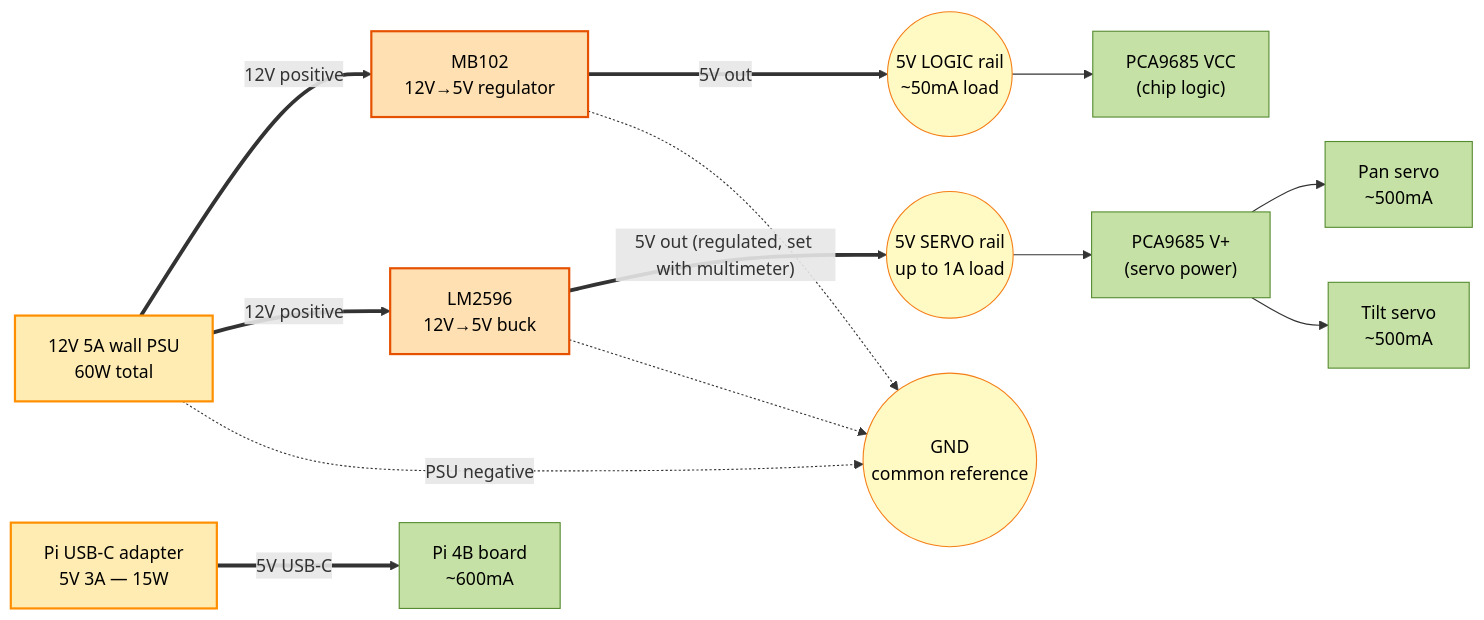
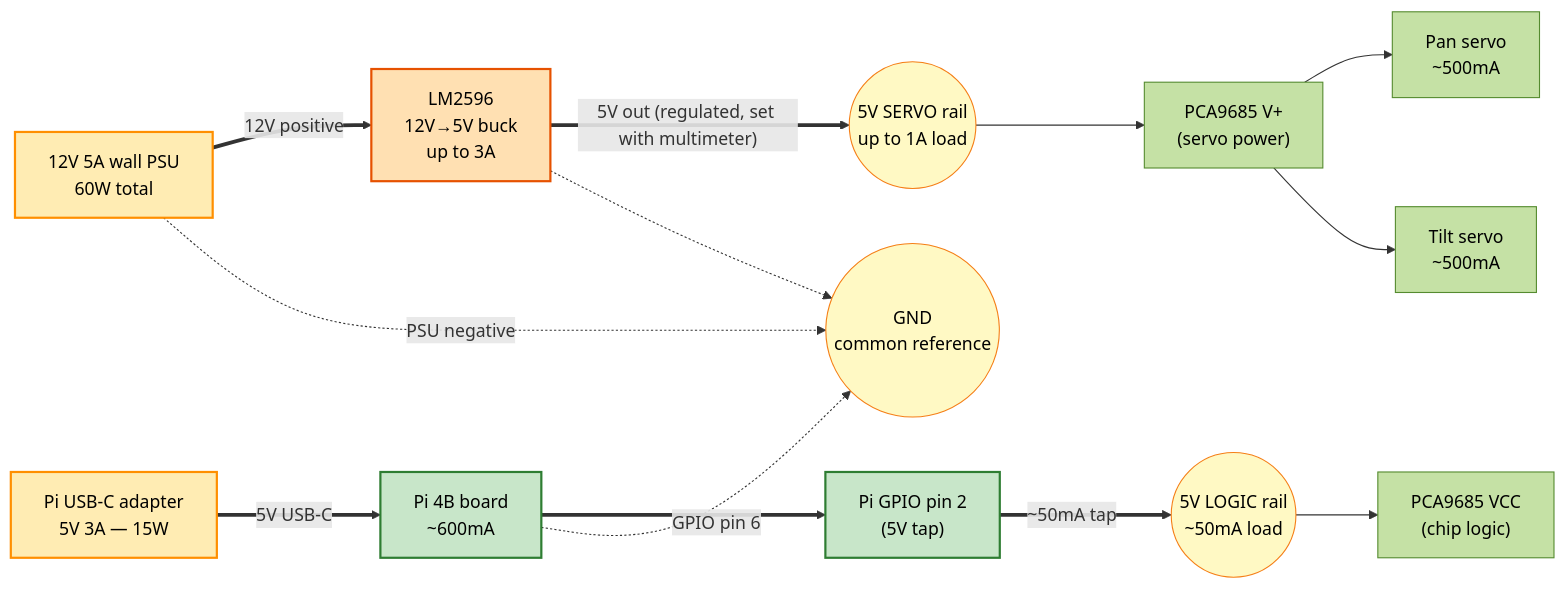
The second of 7 diagrams in docs/circuit-diagram.md (Adamzvulun/pi), drawn with Mermaid before and after one commit. The commit also changed other lines of this file and 10 other files, not shown here.

````diff
--- a/docs/circuit-diagram.md
+++ b/docs/circuit-diagram.md
@@ -79,40 +79,40 @@
 ```mermaid
 flowchart LR
     classDef src fill:#ffecb3,stroke:#ff8f00,color:#000,stroke-width:2px
     classDef reg fill:#ffe0b2,stroke:#e65100,color:#000,stroke-width:2px
     classDef rail fill:#fff9c4,stroke:#f57f17,color:#000,stroke-width:1px
     classDef load fill:#c5e1a5,stroke:#558b2f,color:#000
+    classDef pi fill:#c8e6c9,stroke:#2e7d32,color:#000,stroke-width:2px
 
     P12["12V 5A wall PSU<br/>60W total"]:::src
     Pusb["Pi USB-C adapter<br/>5V 3A — 15W"]:::src
 
-    MB["MB102<br/>12V→5V regulator"]:::reg
-    BK["LM2596<br/>12V→5V buck"]:::reg
+    BK["LM2596<br/>12V→5V buck<br/>up to 3A"]:::reg
+
+    PiB["Pi 4B board<br/>~600mA"]:::pi
+    PiPin2["Pi GPIO pin 2<br/>(5V tap)"]:::pi
 
     LR(("5V LOGIC rail<br/>~50mA load")):::rail
     SR(("5V SERVO rail<br/>up to 1A load")):::rail
     GND(("GND<br/>common reference")):::rail
 
-    PiB["Pi 4B board<br/>~600mA"]:::load
     Vcc["PCA9685 VCC<br/>(chip logic)"]:::load
     Vp["PCA9685 V+<br/>(servo power)"]:::load
     PanS["Pan servo<br/>~500mA"]:::load
     TiltS["Tilt servo<br/>~500mA"]:::load
 
-    P12 ==>|"12V positive"| MB
     P12 ==>|"12V positive"| BK
     P12 -.->|"PSU negative"| GND
-
     Pusb ==>|"5V USB-C"| PiB
 
-    MB ==>|"5V out"| LR
+    PiB ==> PiPin2
+    PiPin2 ==>|"~50mA tap"| LR
     BK ==>|"5V out (regulated, set with multimeter)"| SR
-
-    MB -.-> GND
     BK -.-> GND
+    PiB -.->|"GPIO pin 6"| GND
 
     LR --> Vcc
     SR --> Vp
     Vp --> PanS
     Vp --> TiltS
 ```
````
